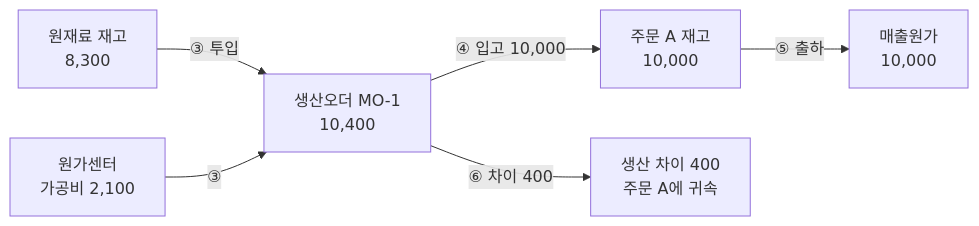
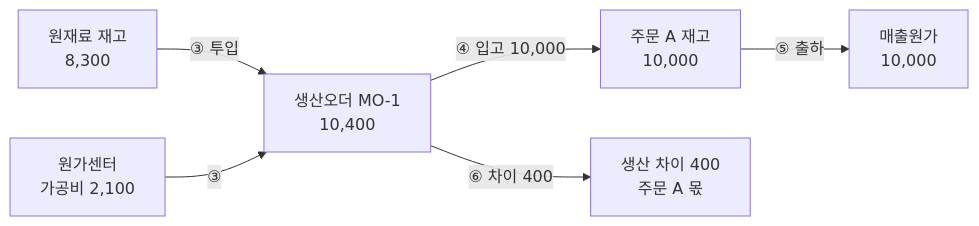
The third of 6 diagrams in docs/mto-mts-05-process-simulation.md (donseok/mes-to-be-doc), drawn with Mermaid before and after one commit. The commit also changed other lines of this file and 5 other files, not shown here.

````diff
--- a/docs/mto-mts-05-process-simulation.md
+++ b/docs/mto-mts-05-process-simulation.md
@@ -153,8 +165,8 @@
 ```mermaid
 flowchart LR
   RM["원재료 재고<br/>8,300"] -->|"③ 투입"| PO["생산오더 MO-1<br/>10,400"]
   CC["원가센터<br/>가공비 2,100"] -->|"③"| PO
   PO -->|"④ 입고 10,000"| FG["주문 A 재고<br/>10,000"]
   FG -->|"⑤ 출하"| COGS["매출원가<br/>10,000"]
-  PO -->|"⑥ 차이 400"| VAR["생산 차이 400<br/>주문 A에 귀속"]
+  PO -->|"⑥ 차이 400"| VAR["생산 차이 400<br/>주문 A 몫"]
 ```
````
